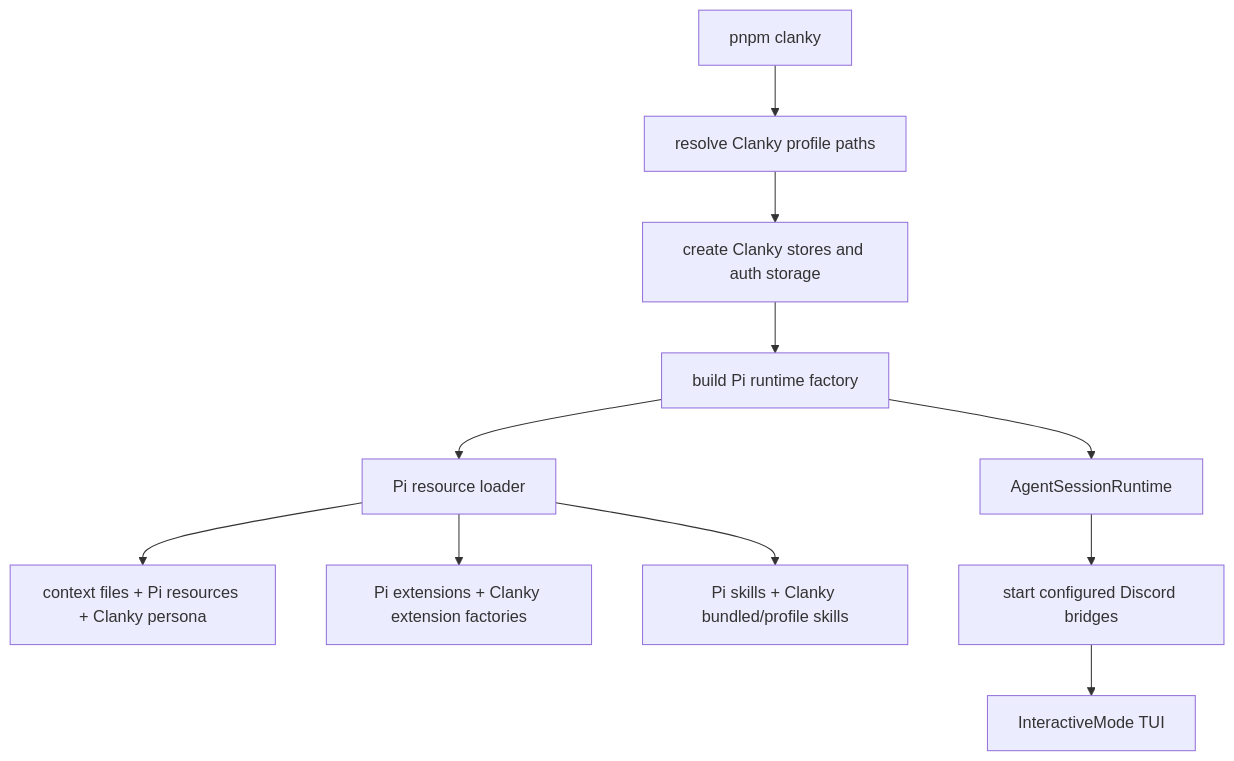
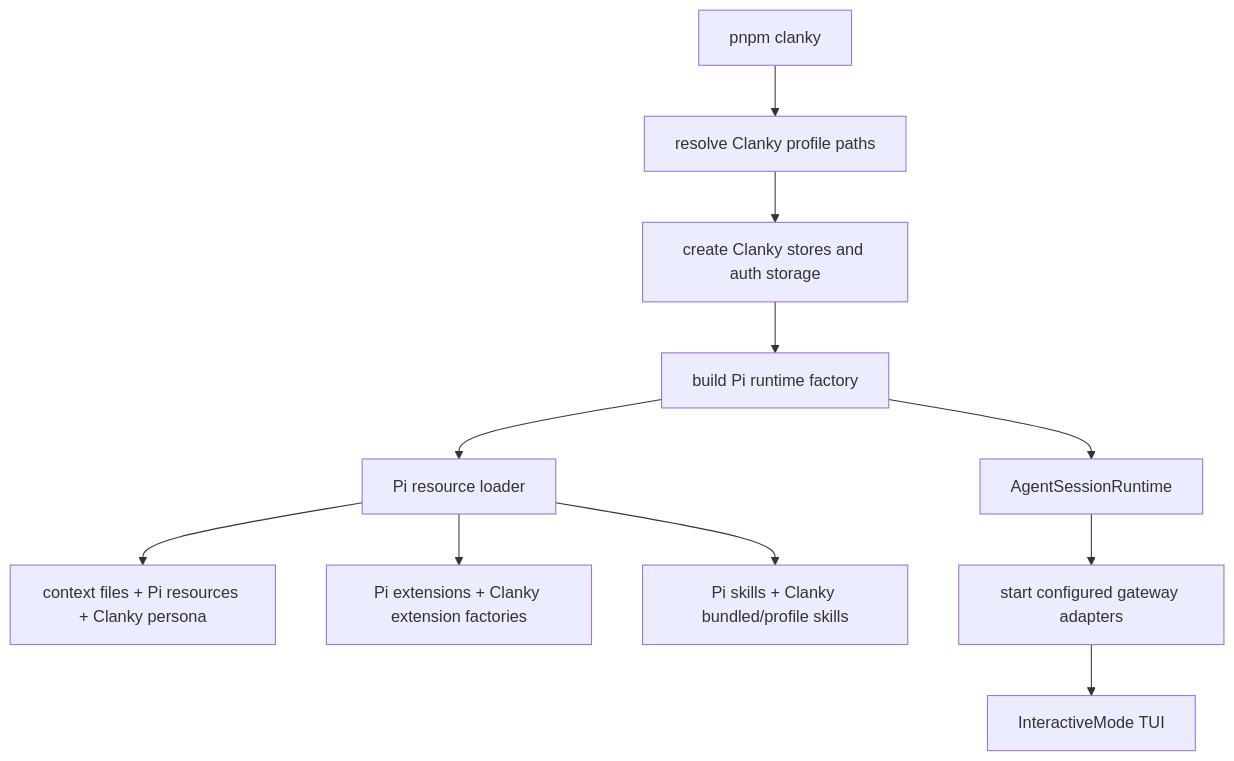
The diagram in docs/pi-foundation.md (Volpestyle/clanky), drawn with Mermaid before and after one commit. The commit also changed other lines of this file and 27 other files, not shown here.

````diff
--- a/docs/pi-foundation.md
+++ b/docs/pi-foundation.md
@@ -61,13 +66,13 @@
 ```mermaid
 flowchart TB
   launch["pnpm clanky"] --> paths["resolve Clanky profile paths"]
   paths --> stores["create Clanky stores and auth storage"]
   stores --> factory["build Pi runtime factory"]
   factory --> resources["Pi resource loader"]
   resources --> prompt["context files + Pi resources + Clanky persona"]
   resources --> extensions["Pi extensions + Clanky extension factories"]
   resources --> skills["Pi skills + Clanky bundled/profile skills"]
   factory --> runtime["AgentSessionRuntime"]
-  runtime --> gateway["start configured Discord bridges"]
+  runtime --> gateway["start configured gateway adapters"]
   gateway --> tui["InteractiveMode TUI"]
 ```
````
